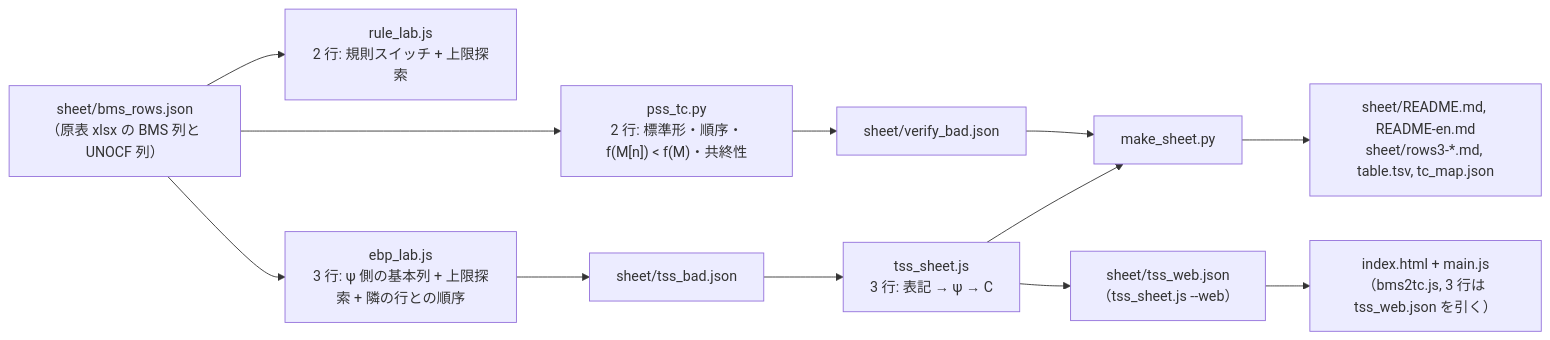
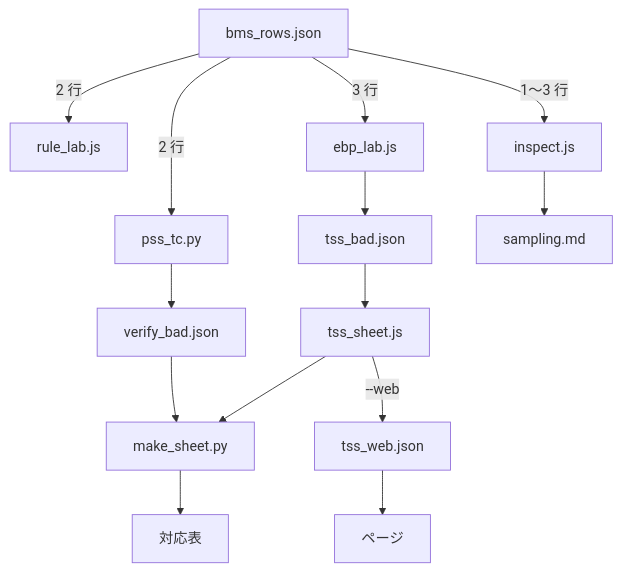
The third of 4 diagrams in tools/README.md (koteitan/bms-vs-taranovskys-c), drawn with Mermaid before and after one commit. The commit also changed other lines of this file, not shown here.

First line of the commit message:
Make tools/README.md diagrams readable

````diff
--- a/tools/README.md
+++ b/tools/README.md
@@ -62,21 +98,23 @@
 ```mermaid
-flowchart LR
-  rows["sheet/bms_rows.json<br/>（原表 xlsx の BMS 列と UNOCF 列）"]
-  pss["pss_tc.py<br/>2 行: 標準形・順序・f(M[n]) < f(M)・共終性"]
-  rl["rule_lab.js<br/>2 行: 規則スイッチ + 上限探索"]
-  el["ebp_lab.js<br/>3 行: ψ 側の基本列 + 上限探索 + 隣の行との順序"]
-  vb["sheet/verify_bad.json"]
-  tb["sheet/tss_bad.json"]
-  ts["tss_sheet.js<br/>3 行: 表記 → ψ → C"]
+flowchart TB
+  rows["bms_rows.json"]
+  pss["pss_tc.py"]
+  rl["rule_lab.js"]
+  el["ebp_lab.js"]
+  insp["inspect.js"]
+  vb["verify_bad.json"]
+  tb["tss_bad.json"]
+  ts["tss_sheet.js"]
+  smp["sampling.md"]
   ms["make_sheet.py"]
-  out["sheet/README.md, README-en.md<br/>sheet/rows3-*.md, table.tsv, tc_map.json"]
-  web["sheet/tss_web.json<br/>（tss_sheet.js --web）"]
-  page["index.html + main.js<br/>（bms2tc.js, 3 行は tss_web.json を引く）"]
+  web["tss_web.json"]
+  out["対応表"]
+  page["ページ"]
 
-  rows --> pss --> vb --> ms
-  rows --> el --> tb --> ts
-  rows --> rl
-  ts --> ms
-  ms --> out
-  ts --> web --> page
+  rows -->|"2 行"| pss --> vb --> ms
+  rows -->|"2 行"| rl
+  rows -->|"3 行"| el --> tb --> ts
+  rows -->|"1〜3 行"| insp --> smp
+  ts --> ms --> out
+  ts -->|"--web"| web --> page
 ```
````
